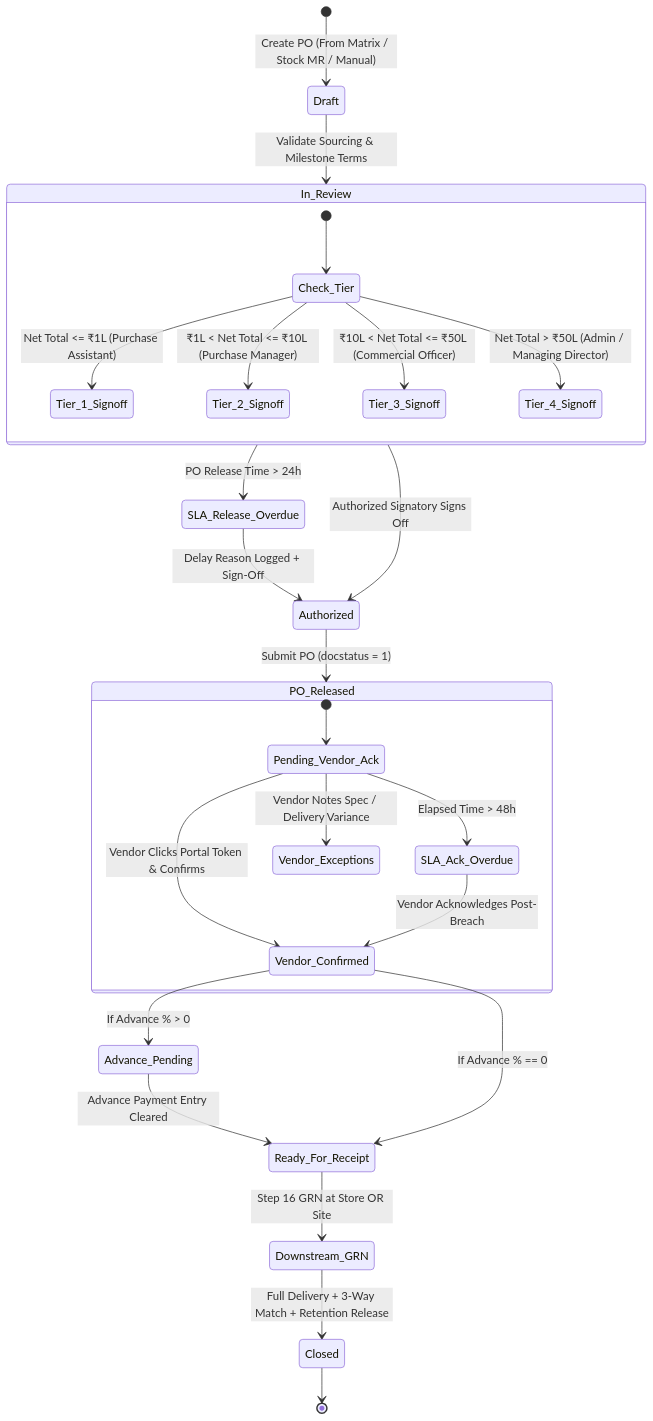
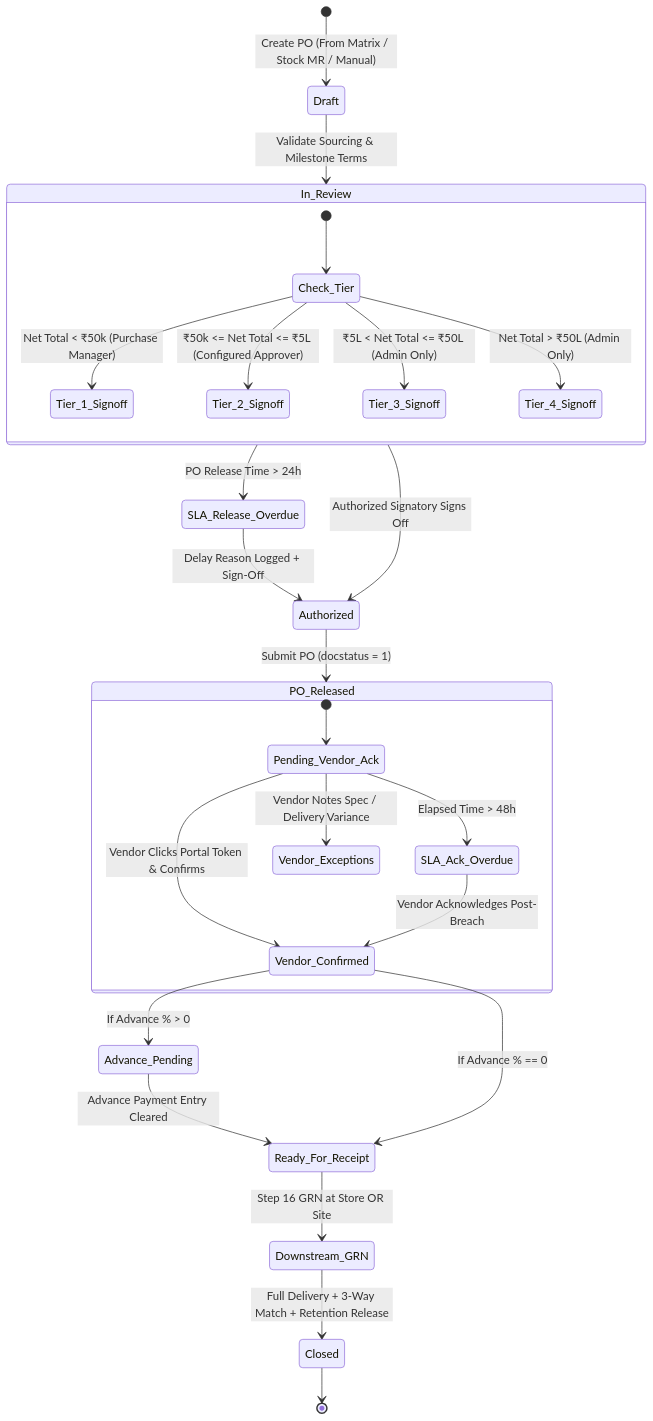
Before and after one commit to cbdits-yogesh/solar_module_planning_docs: the diagram in step_plans_for_ai/STEP_15_PURCHASE_ORDER_AUTHORIZATION_SPECIFICATION.caveman.md, drawn with Mermaid. The commit also changed other lines of this file and 53 other files, not shown here.

````diff
--- a/step_plans_for_ai/STEP_15_PURCHASE_ORDER_AUTHORIZATION_SPECIFICATION.caveman.md
+++ b/step_plans_for_ai/STEP_15_PURCHASE_ORDER_AUTHORIZATION_SPECIFICATION.caveman.md
@@ -189,35 +189,35 @@
 ```mermaid
 stateDiagram-v2
     [*] --> Draft: Create PO (From Matrix / Stock MR / Manual)
     Draft --> In_Review: Validate Sourcing & Milestone Terms
 
     state In_Review {
         [*] --> Check_Tier
-        Check_Tier --> Tier_1_Signoff: Net Total <= ₹1L (Purchase Assistant)
-        Check_Tier --> Tier_2_Signoff: ₹1L < Net Total <= ₹10L (Purchase Manager)
-        Check_Tier --> Tier_3_Signoff: ₹10L < Net Total <= ₹50L (Commercial Officer)
-        Check_Tier --> Tier_4_Signoff: Net Total > ₹50L (Admin / Managing Director)
+        Check_Tier --> Tier_1_Signoff: Net Total < ₹50k (Purchase Manager)
+        Check_Tier --> Tier_2_Signoff: ₹50k <= Net Total <= ₹5L (Configured Approver)
+        Check_Tier --> Tier_3_Signoff: ₹5L < Net Total <= ₹50L (Admin Only)
+        Check_Tier --> Tier_4_Signoff: Net Total > ₹50L (Admin Only)
     }
 
     In_Review --> Authorized: Authorized Signatory Signs Off
     In_Review --> SLA_Release_Overdue: PO Release Time > 24h
     SLA_Release_Overdue --> Authorized: Delay Reason Logged + Sign-Off
 
     Authorized --> PO_Released: Submit PO (docstatus = 1)
 
     state PO_Released {
         [*] --> Pending_Vendor_Ack
         Pending_Vendor_Ack --> Vendor_Confirmed: Vendor Clicks Portal Token & Confirms
         Pending_Vendor_Ack --> SLA_Ack_Overdue: Elapsed Time > 48h
         SLA_Ack_Overdue --> Vendor_Confirmed: Vendor Acknowledges Post-Breach
         Pending_Vendor_Ack --> Vendor_Exceptions: Vendor Notes Spec / Delivery Variance
     }
 
     Vendor_Confirmed --> Advance_Pending: If Advance % > 0
     Advance_Pending --> Ready_For_Receipt: Advance Payment Entry Cleared
     Vendor_Confirmed --> Ready_For_Receipt: If Advance % == 0
 
     Ready_For_Receipt --> Downstream_GRN: Step 16 GRN at Store OR Site
     Downstream_GRN --> Closed: Full Delivery + 3-Way Match + Retention Release
     Closed --> [*]
 ```
````
